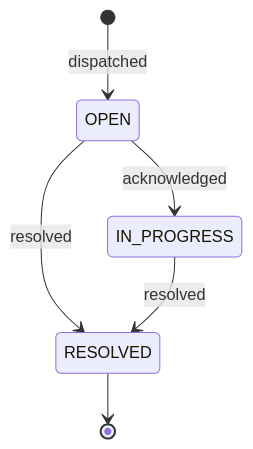
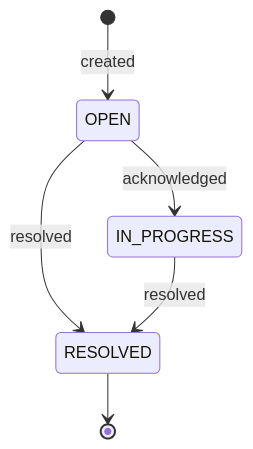
The second of 3 diagrams in README.md (Qirto/hotel-ses), drawn with Mermaid before and after one commit. The commit also changed other lines of this file and 110 other files, not shown here.

````diff
--- a/README.md
+++ b/README.md
@@ -73,8 +80,8 @@
 ```mermaid
 stateDiagram-v2
-  [*] --> OPEN: dispatched
+  [*] --> OPEN: created
   OPEN --> IN_PROGRESS: acknowledged
   OPEN --> RESOLVED: resolved
   IN_PROGRESS --> RESOLVED: resolved
   RESOLVED --> [*]
 ```
````
